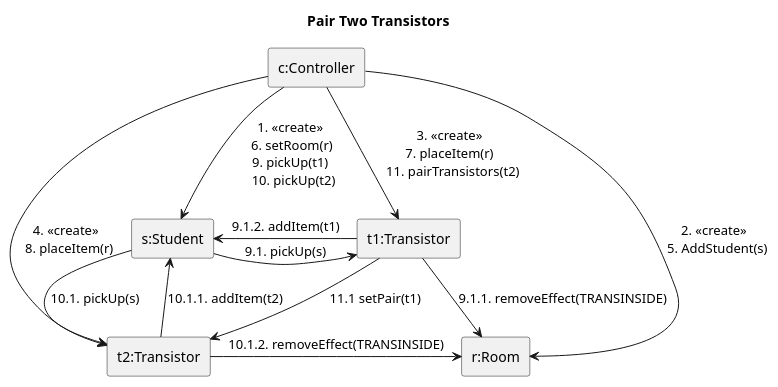
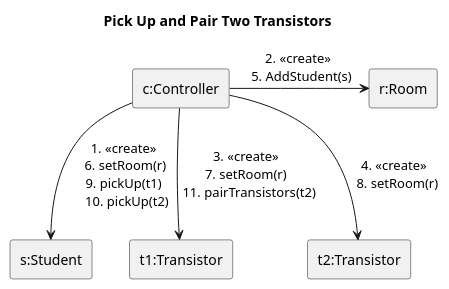
The diagram in docs/communication_diagrams/transistor_pairsucces_communication.plantuml (MBakter/echo), drawn with PlantUML before and after one commit. The commit also changed 32 other files, not shown here.

Commit message:
diagrams

```diff
--- a/docs/communication_diagrams/transistor_pairsucces_communication.plantuml
+++ b/docs/communication_diagrams/transistor_pairsucces_communication.plantuml
@@ -1,29 +1,29 @@
 @startuml ser
-title  Pair Two Transistors
+title  Pick Up and Pair Two Transistors
 
 skinparam linestyle ortho
 rectangle "c:Controller" as c
 rectangle "r:Room" as r
 rectangle "s:Student" as s
 
 rectangle "t1:Transistor" as t1
 rectangle "t2:Transistor" as t2
-c -> s: 1. <<create>> \n 6. setRoom(r) \n 9. pickUp(t1)  \n 10. pickUp(t2) 
+c --> s: 1. <<create>> \n 6. setRoom(r) \n 9. pickUp(t1)  \n 10. pickUp(t2) 
 c -> r: 2. <<create>> \n 5. AddStudent(s)  
-c --> t1: 3. <<create>> \n 7. placeItem(r)  \n 11. pairTransistors(t2)
-c -> t2: 4. <<create>> \n 8. placeItem(r)
+c --> t1: 3. <<create>> \n 7. setRoom(r)  \n 11. pairTransistors(t2)
+c --> t2: 4. <<create>> \n 8. setRoom(r)
 
-s -> t1: 9.1. pickUp(s)
-s -> t2: 10.1. pickUp(s)
+' s -> t1: 9.1. pickUp(s)
+' s -> t2: 10.1. pickUp(s)
 
-t2 -> s: 10.1.1. addItem(t2)
-t2 -> r: 10.1.2. removeEffect(TRANSINSIDE)
+' t2 -> s: 10.1.1. addItem(t2)
+' t2 -> r: 10.1.2. removeEffect(TRANSINSIDE)
 
-t1 -> s: 9.1.2. addItem(t1)
-t1 -> r: 9.1.1. removeEffect(TRANSINSIDE)
+' t1 -> s: 9.1.2. addItem(t1)
+' t1 -> r: 9.1.1. removeEffect(TRANSINSIDE)
 
-t1 --> t2: 11.1 setPair(t1)
+' t1 --> t2: 11.1 setPair(t1)
 
 
 
 @enduml
```
